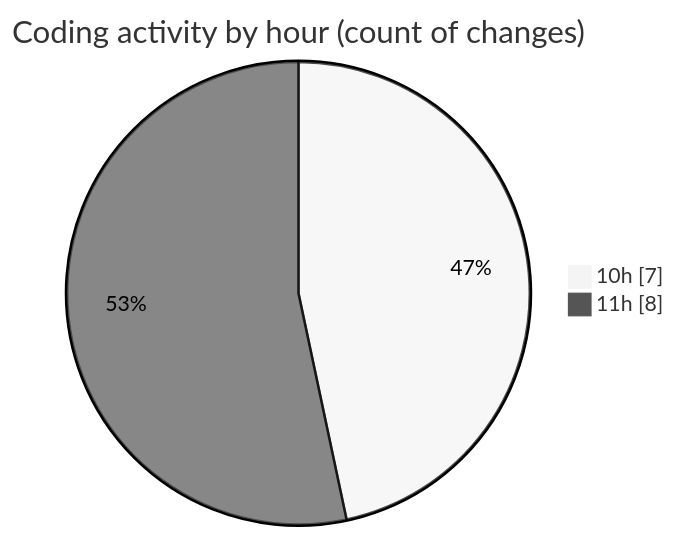
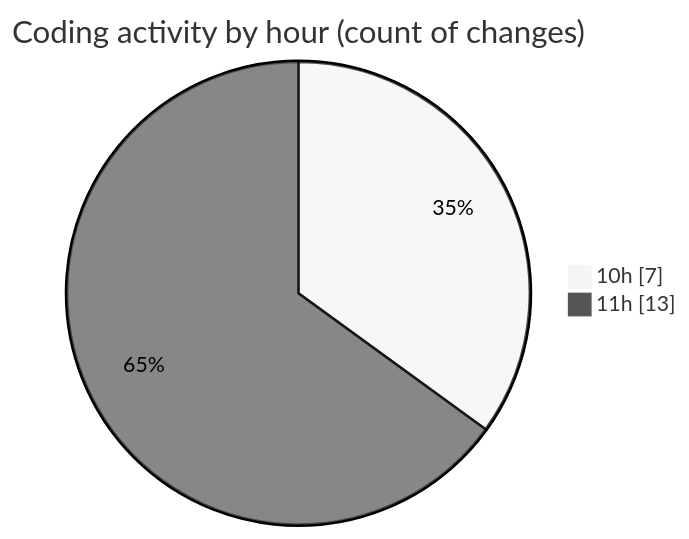
Before and after one commit to momahboobian/code-tracking: the second of 2 diagrams in 2025-06-26/cda/README.md, drawn with Mermaid (neutral theme). The commit also changed other lines of this file and 1 other file, not shown here.

````diff
--- a/2025-06-26/cda/README.md
+++ b/2025-06-26/cda/README.md
@@ -28,6 +28,6 @@
 ```mermaid
 pie showData
 title Coding activity by hour (count of changes)
 "10h" : 7
-"11h" : 8
+"11h" : 13
 ```
````
